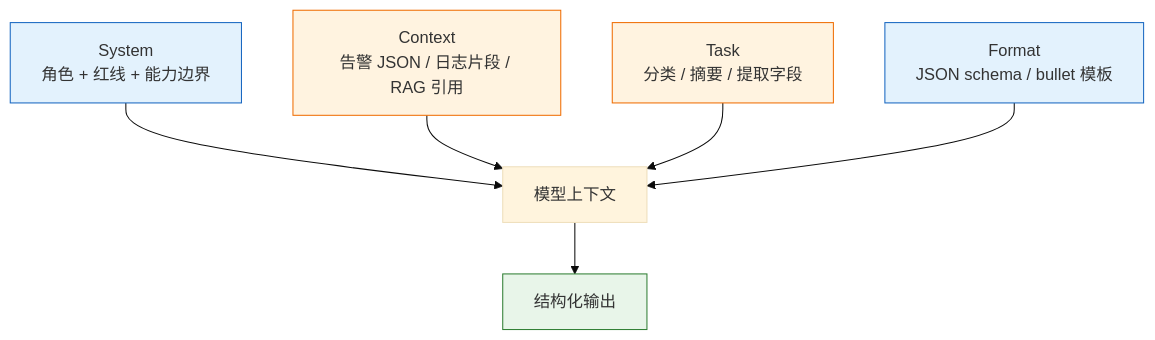
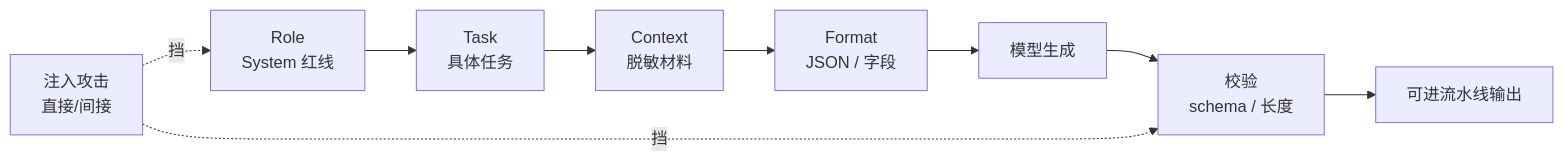
The first of 6 diagrams in 08-AI与智能运维/02-Prompt工程/知识点.md (ml-cuizijun/LearnToLilith), drawn with Mermaid before and after one commit. The commit also changed other lines of this file and 470 other files, not shown here.

````diff
--- a/08-AI与智能运维/02-Prompt工程/知识点.md
+++ b/08-AI与智能运维/02-Prompt工程/知识点.md
@@ -86,18 +15,11 @@
 ```mermaid
-%%{init: {"theme": "base"}}%%
-flowchart TB
-    classDef sys fill:#e3f2fd,stroke:#1565c0
-    classDef user fill:#fff3e0,stroke:#ef6c00
-    classDef out fill:#e8f5e9,stroke:#2e7d32
-
-    SYS["System<br/>角色 + 红线 + 能力边界"]:::sys
-    CTX["Context<br/>告警 JSON / 日志片段 / RAG 引用"]:::user
-    TASK["Task<br/>分类 / 摘要 / 提取字段"]:::user
-    FMT["Format<br/>JSON schema / bullet 模板"]:::sys
-
-    SYS --> MERGE["模型上下文"]
-    CTX --> MERGE
-    TASK --> MERGE
-    FMT --> MERGE
-    MERGE --> OUT["结构化输出"]:::out
+flowchart LR
+    R["Role<br/>System 红线"] --> T["Task<br/>具体任务"]
+    T --> C["Context<br/>脱敏材料"]
+    C --> F["Format<br/>JSON / 字段"]
+    F --> LLM["模型生成"]
+    LLM --> V["校验<br/>schema / 长度"]
+    V --> OUT["可进流水线输出"]
+    INJ["注入攻击<br/>直接/间接"] -.->|挡| R
+    INJ -.->|挡| V
 ```
````
